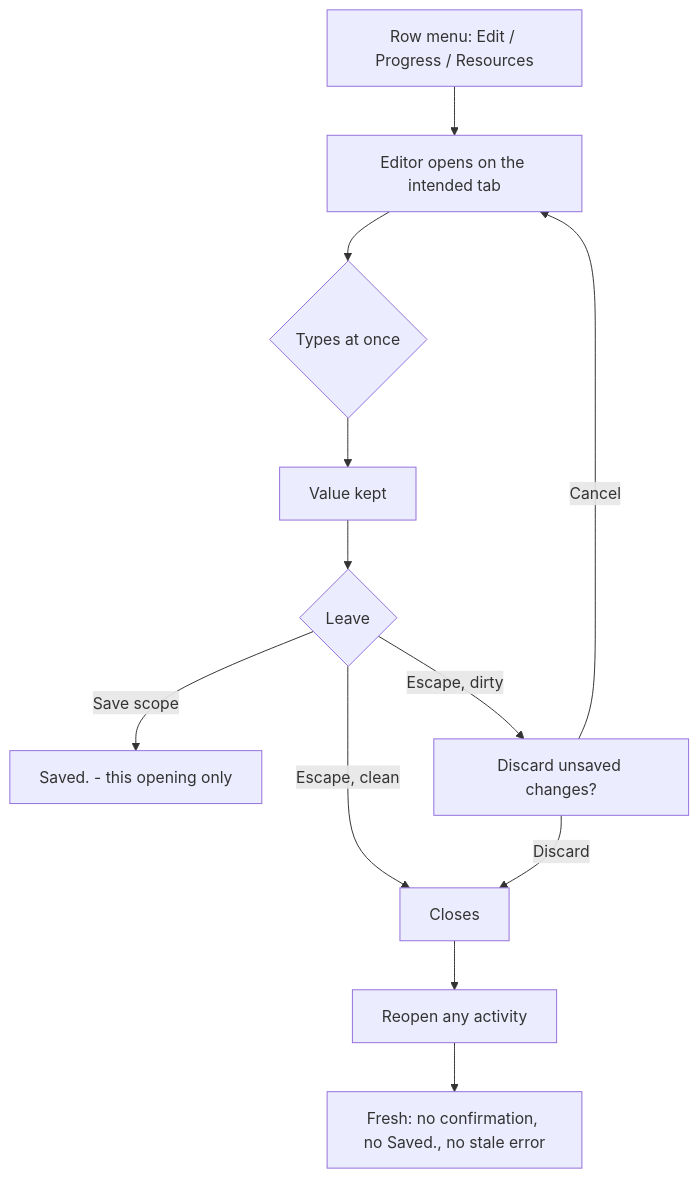
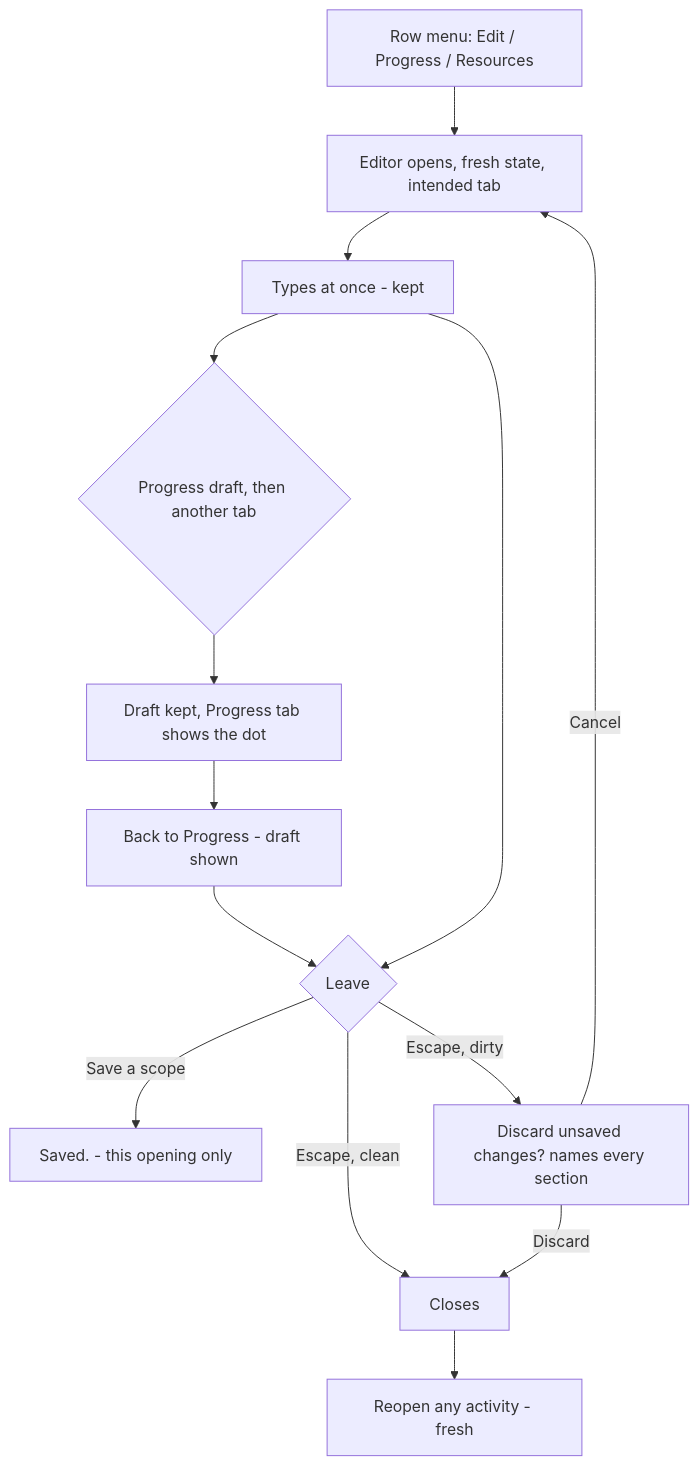
One commit to HuttonHomeHub/SchedulePoint_1 changed the third of 3 diagrams in docs/specs/activity-editor-seeding/feature-spec.md. Above: the diagram before and after it, drawn with Mermaid. The commit also changed other lines of this file and 1 other file, not shown here.

First line of the commit message:
docs(docs): revise the activity editor spec for a per-opening rebuild (CQ-1 b, CQ-2 b, CQ-3 a)

````diff
--- a/docs/specs/activity-editor-seeding/feature-spec.md
+++ b/docs/specs/activity-editor-seeding/feature-spec.md
@@ -412,14 +369,16 @@
 ```mermaid
 flowchart TD
-  A[Row menu: Edit / Progress / Resources] --> B[Editor opens on the intended tab]
-  B --> C{Types at once}
-  C --> D[Value kept]
-  D --> E{Leave}
-  E -->|Save scope| F[Saved. - this opening only]
+  A[Row menu: Edit / Progress / Resources] --> B[Editor opens, fresh state, intended tab]
+  B --> C[Types at once - kept]
+  C --> P{Progress draft, then another tab}
+  P --> Q[Draft kept, Progress tab shows the dot]
+  Q --> B2[Back to Progress - draft shown]
+  B2 --> E{Leave}
+  C --> E
+  E -->|Save a scope| F[Saved. - this opening only]
   E -->|Escape, clean| G[Closes]
-  E -->|Escape, dirty| H[Discard unsaved changes?]
+  E -->|Escape, dirty| H[Discard unsaved changes? names every section]
   H -->|Discard| G
   H -->|Cancel| B
-  G --> I[Reopen any activity]
-  I --> J[Fresh: no confirmation, no Saved., no stale error]
+  G --> I[Reopen any activity - fresh]
 ```
````
